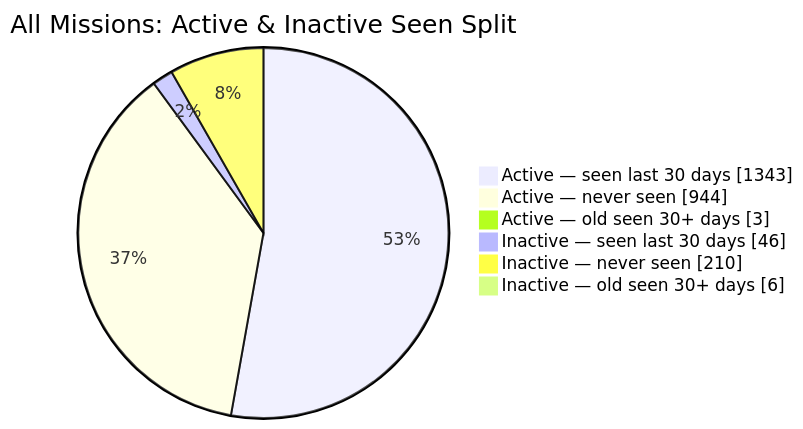
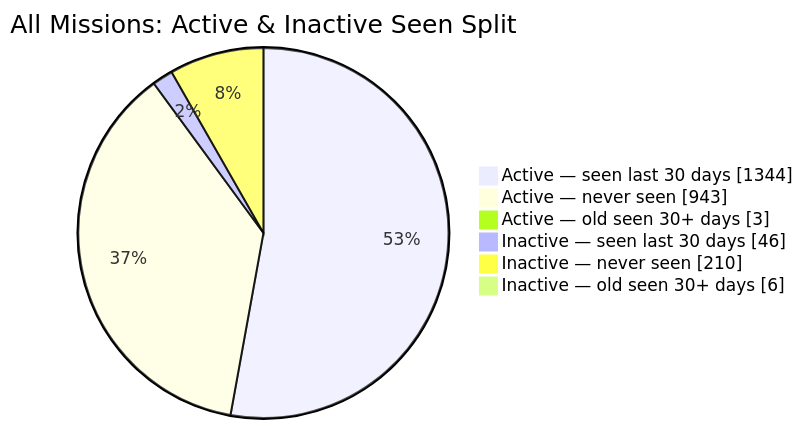
The second of 2 diagrams in README.md (MeldkamerspelGameTeam/active-missions), drawn with Mermaid before and after one commit. The commit also changed other lines of this file and 2 other files, not shown here.

````diff
--- a/README.md
+++ b/README.md
@@ -44,10 +44,10 @@
 ```mermaid
 pie showData
     title All Missions: Active & Inactive Seen Split
-    "Active — seen last 30 days" : 1343
-    "Active — never seen" : 944
+    "Active — seen last 30 days" : 1344
+    "Active — never seen" : 943
     "Active — old seen 30+ days" : 3
     "Inactive — seen last 30 days" : 46
     "Inactive — never seen" : 210
     "Inactive — old seen 30+ days" : 6
 ```
````
